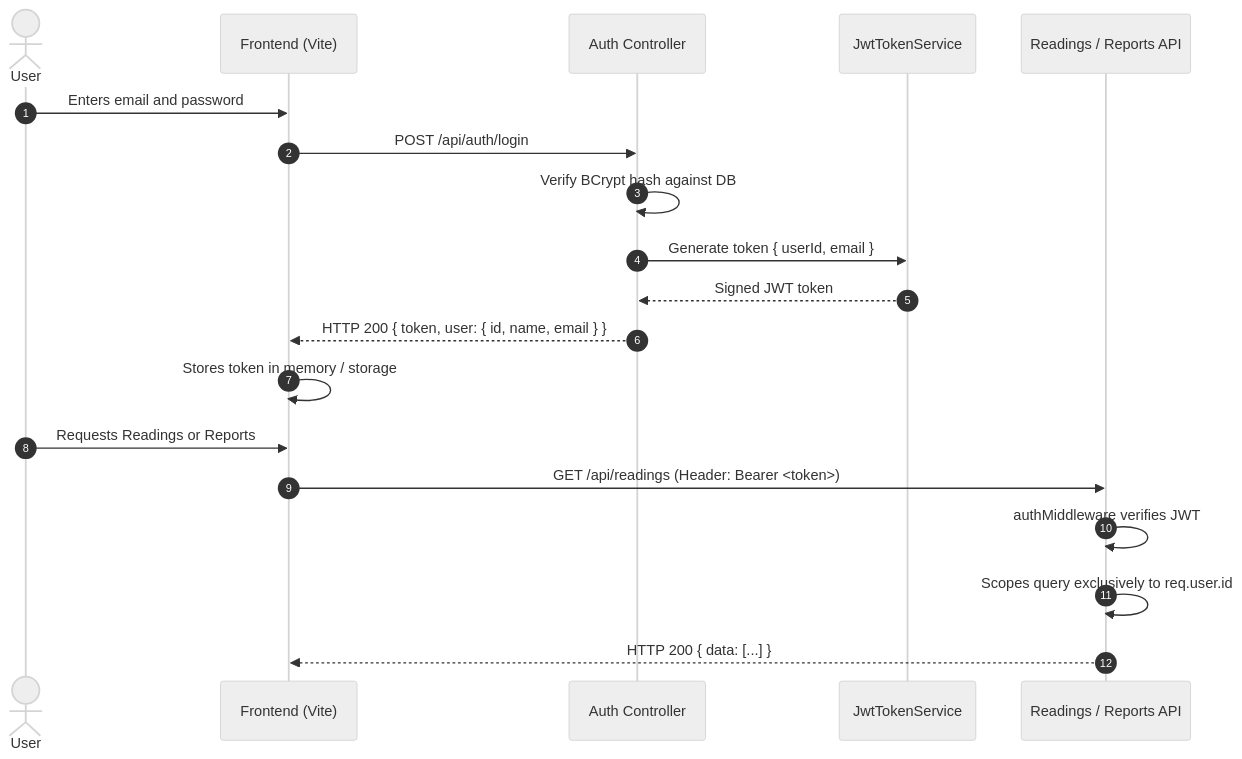
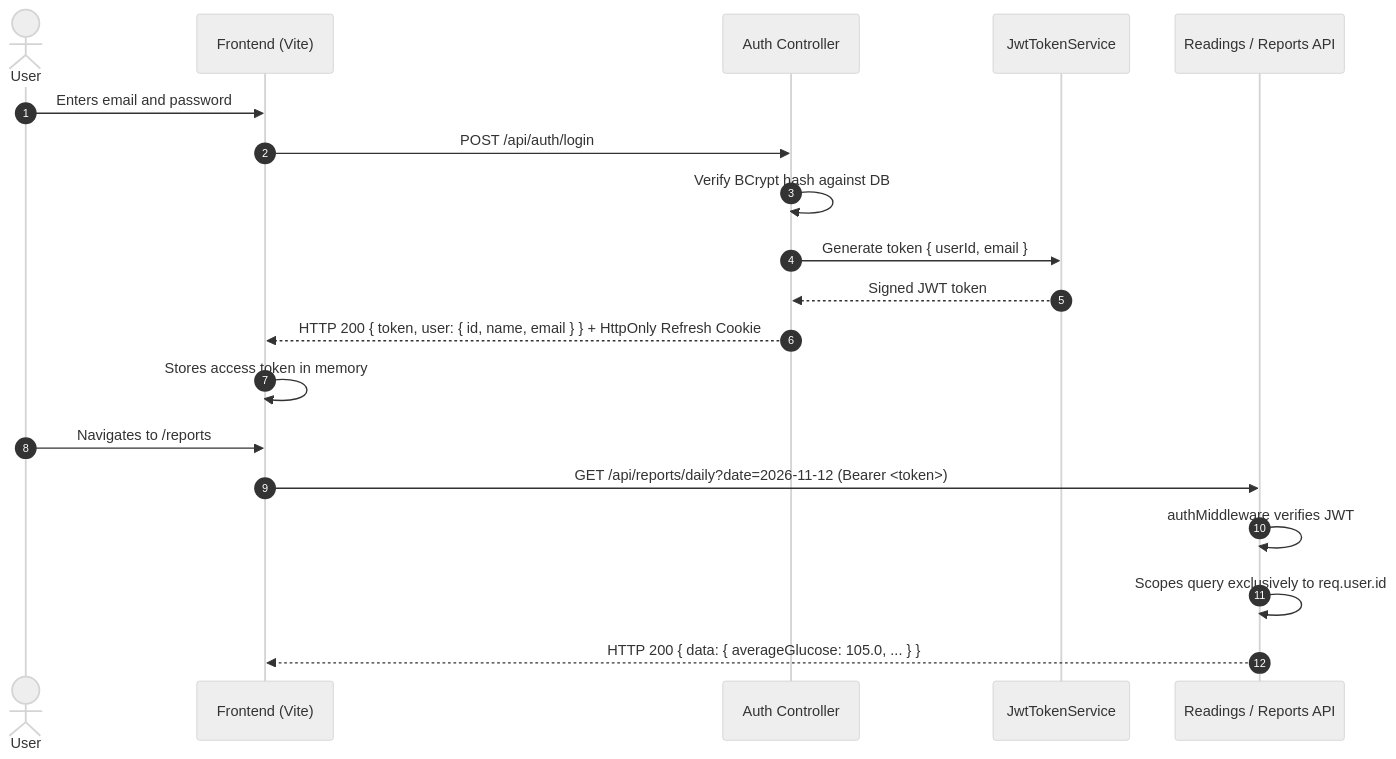
The second of 2 diagrams in README.md (Rislasherin/Sweety), drawn with Mermaid (neutral theme) before and after one commit. The commit also changed other lines of this file and 8 other files, not shown here.

Commit message:
docs(submission): update README with visual tour, architecture notes, and test coverage

````diff
--- a/README.md
+++ b/README.md
@@ -340,23 +430,23 @@
 ```mermaid
 sequenceDiagram
     autonumber
     actor User
     participant Client as Frontend (Vite)
     participant AuthAPI as Auth Controller
     participant JWT as JwtTokenService
     participant ProtectedAPI as Readings / Reports API
 
     User->>Client: Enters email and password
     Client->>AuthAPI: POST /api/auth/login
     AuthAPI->>AuthAPI: Verify BCrypt hash against DB
     AuthAPI->>JWT: Generate token { userId, email }
     JWT-->>AuthAPI: Signed JWT token
-    AuthAPI-->>Client: HTTP 200 { token, user: { id, name, email } }
-    Client->>Client: Stores token in memory / storage
+    AuthAPI-->>Client: HTTP 200 { token, user: { id, name, email } } + HttpOnly Refresh Cookie
+    Client->>Client: Stores access token in memory
     
-    User->>Client: Requests Readings or Reports
-    Client->>ProtectedAPI: GET /api/readings (Header: Bearer <token>)
+    User->>Client: Navigates to /reports
+    Client->>ProtectedAPI: GET /api/reports/daily?date=2026-11-12 (Bearer <token>)
     ProtectedAPI->>ProtectedAPI: authMiddleware verifies JWT
     ProtectedAPI->>ProtectedAPI: Scopes query exclusively to req.user.id
-    ProtectedAPI-->>Client: HTTP 200 { data: [...] }
+    ProtectedAPI-->>Client: HTTP 200 { data: { averageGlucose: 105.0, ... } }
 ```
````
